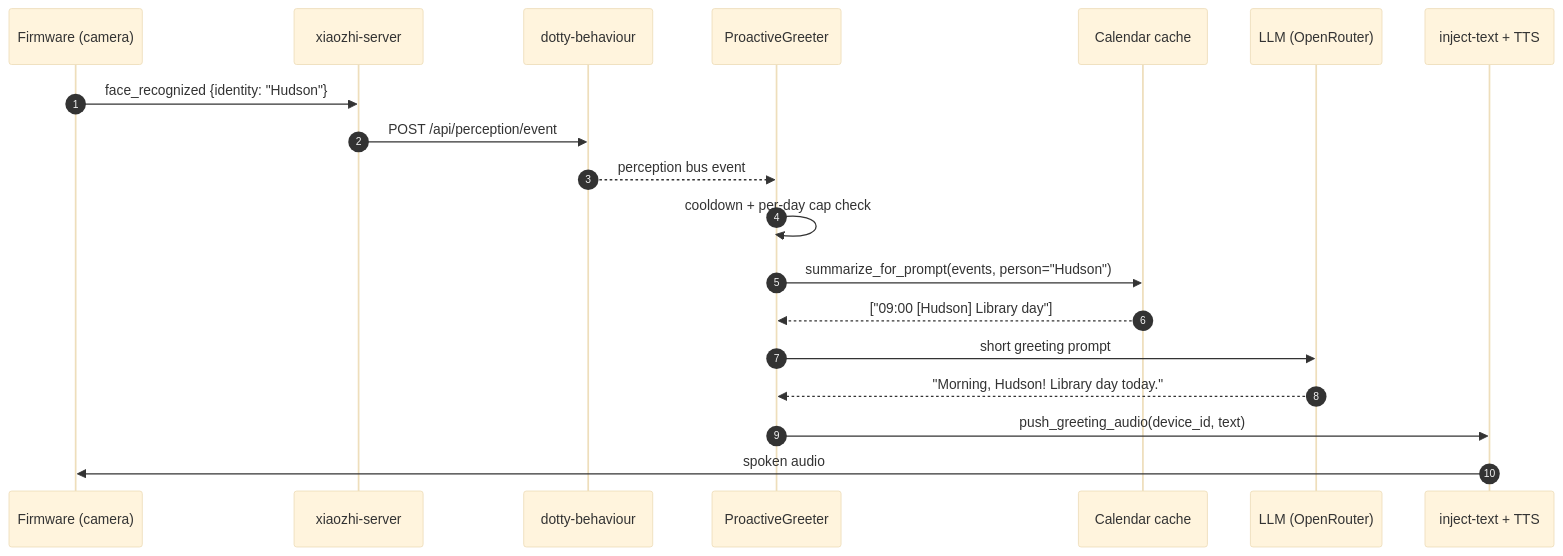
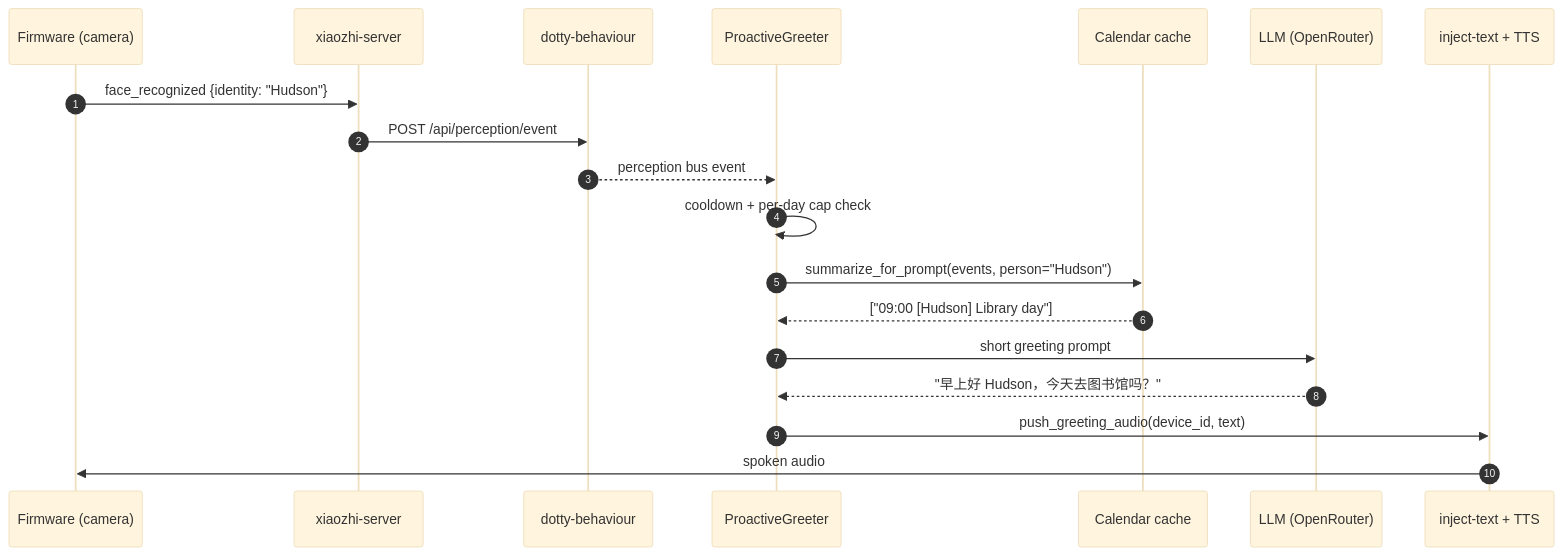
One commit to alkaid/dotty-stackchan changed the diagram in docs/proactive-greetings.md. Above: the diagram before and after it, drawn with Mermaid (base theme). The commit also changed other lines of this file and 30 other files, not shown here.

````diff
--- a/docs/proactive-greetings.md
+++ b/docs/proactive-greetings.md
@@ -27,22 +27,22 @@
 ```mermaid
 sequenceDiagram
     autonumber
     participant FW as Firmware (camera)
     participant XZ as xiaozhi-server
     participant DB as dotty-behaviour
     participant PG as ProactiveGreeter
     participant CAL as Calendar cache
     participant LLM as LLM (OpenRouter)
     participant TTS as inject-text + TTS
 
     FW->>XZ: face_recognized {identity: "Hudson"}
     XZ->>DB: POST /api/perception/event
     DB-->>PG: perception bus event
     PG->>PG: cooldown + per-day cap check
     PG->>CAL: summarize_for_prompt(events, person="Hudson")
     CAL-->>PG: ["09:00 [Hudson] Library day"]
     PG->>LLM: short greeting prompt
-    LLM-->>PG: "Morning, Hudson! Library day today."
+    LLM-->>PG: "早上好 Hudson，今天去图书馆吗？"
     PG->>TTS: push_greeting_audio(device_id, text)
     TTS->>FW: spoken audio
 ```
````
